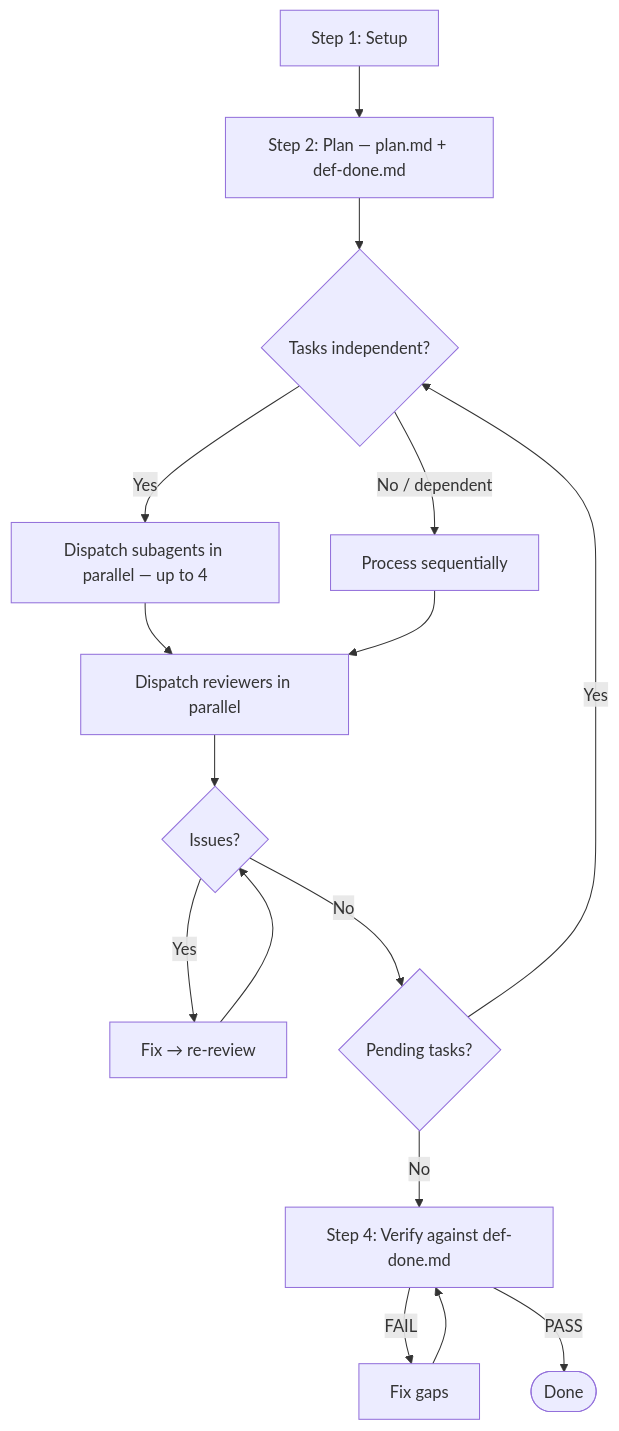
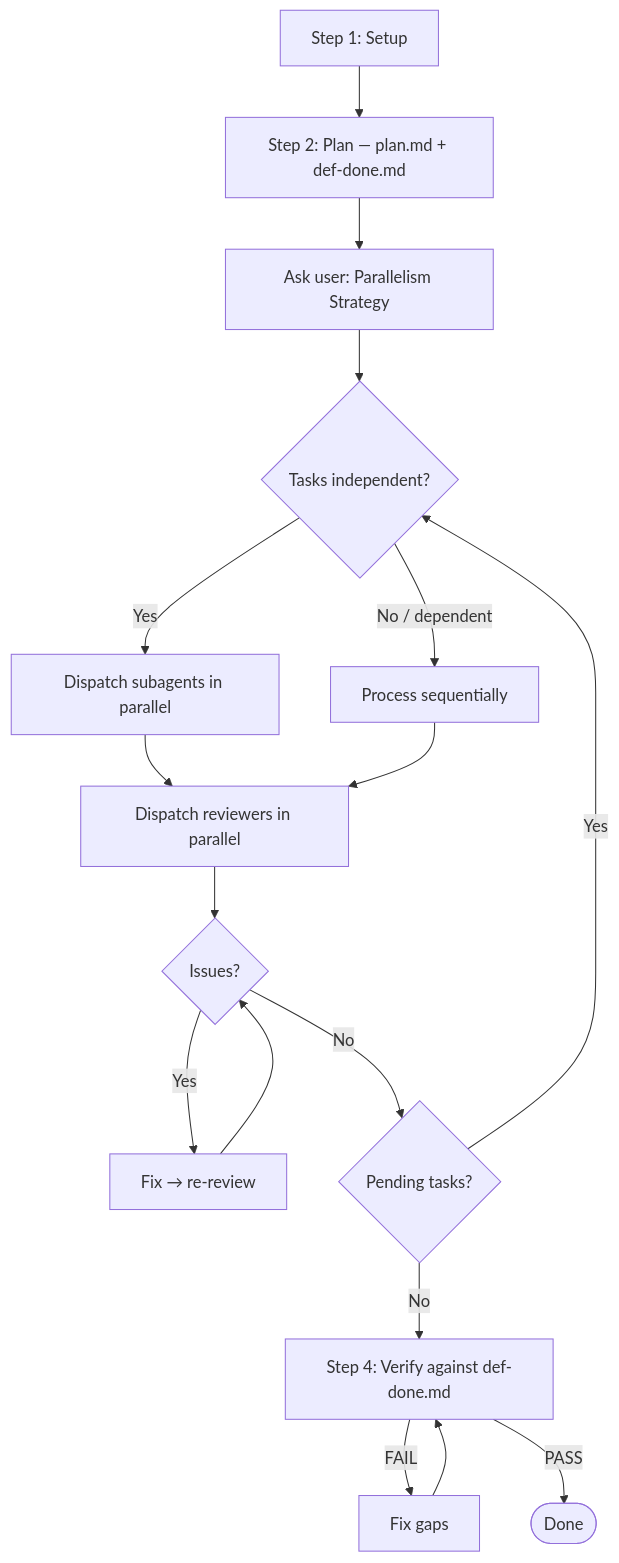
The diagram in .claude/skills/adopt-subagent-flow/SKILL.md (RonenSivak/Relay), drawn with Mermaid before and after one commit. The commit also changed other lines of this file, not shown here.

First line of the commit message:
Enhance adopt-subagent-flow skill with parallelism strategy selection

````diff
--- a/.claude/skills/adopt-subagent-flow/SKILL.md
+++ b/.claude/skills/adopt-subagent-flow/SKILL.md
@@ -10,16 +10,17 @@
 ```mermaid
 flowchart TD
     Setup[Step 1: Setup] --> Plan[Step 2: Plan — plan.md + def-done.md]
-    Plan --> Classify{Tasks independent?}
-    Classify -- Yes --> Parallel[Dispatch subagents in parallel — up to 4]
+    Plan --> Strategy[Ask user: Parallelism Strategy]
+    Strategy --> Classify{Tasks independent?}
+    Classify -- Yes --> Parallel[Dispatch subagents in parallel]
     Classify -- No / dependent --> Sequential[Process sequentially]
     Parallel --> Review[Dispatch reviewers in parallel]
     Sequential --> Review
     Review --> Issues{Issues?}
     Issues -- Yes --> Fix[Fix → re-review] --> Issues
     Issues -- No --> More{Pending tasks?}
     More -- Yes --> Classify
     More -- No --> Verify[Step 4: Verify against def-done.md]
     Verify -- FAIL --> FixGap[Fix gaps] --> Verify
     Verify -- PASS --> Done([Done])
 ```
````
